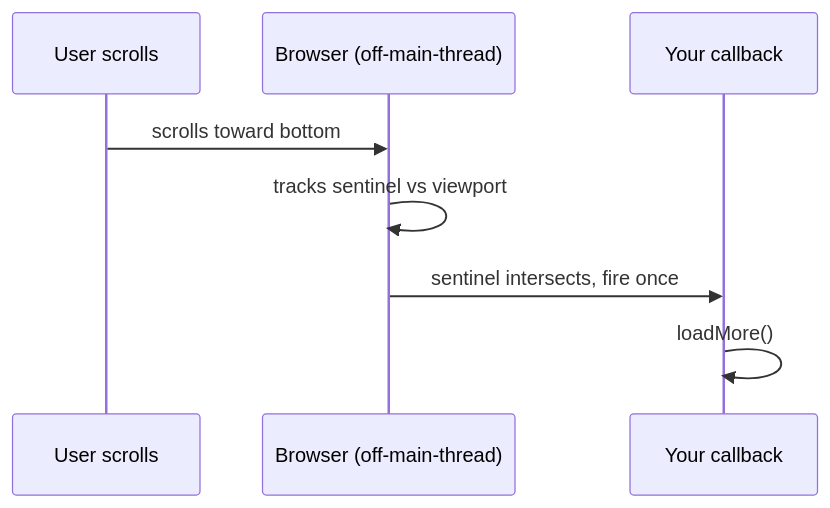
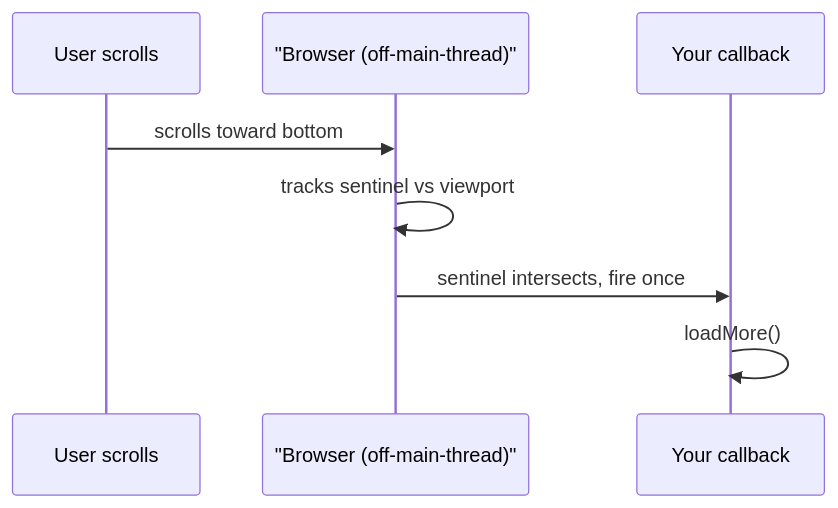
Before and after one commit to ashishxcode/frontend-internals: the diagram in packages/content/content/17-web-platform-apis.mdx, drawn with Mermaid. The commit also changed 8 other files, not shown here.

First line of the commit message:
content: expand 5 thin chapters + fix mermaid syntax for v11

````diff
--- a/packages/content/content/17-web-platform-apis.mdx
+++ b/packages/content/content/17-web-platform-apis.mdx
@@ -22,10 +22,10 @@
 ```mermaid
 sequenceDiagram
   participant U as User scrolls
-  participant B as Browser (off-main-thread)
+  participant B as "Browser (off-main-thread)"
   participant CB as Your callback
   U->>B: scrolls toward bottom
   B->>B: tracks sentinel vs viewport
   B->>CB: sentinel intersects, fire once
   CB->>CB: loadMore()
 ```
````
